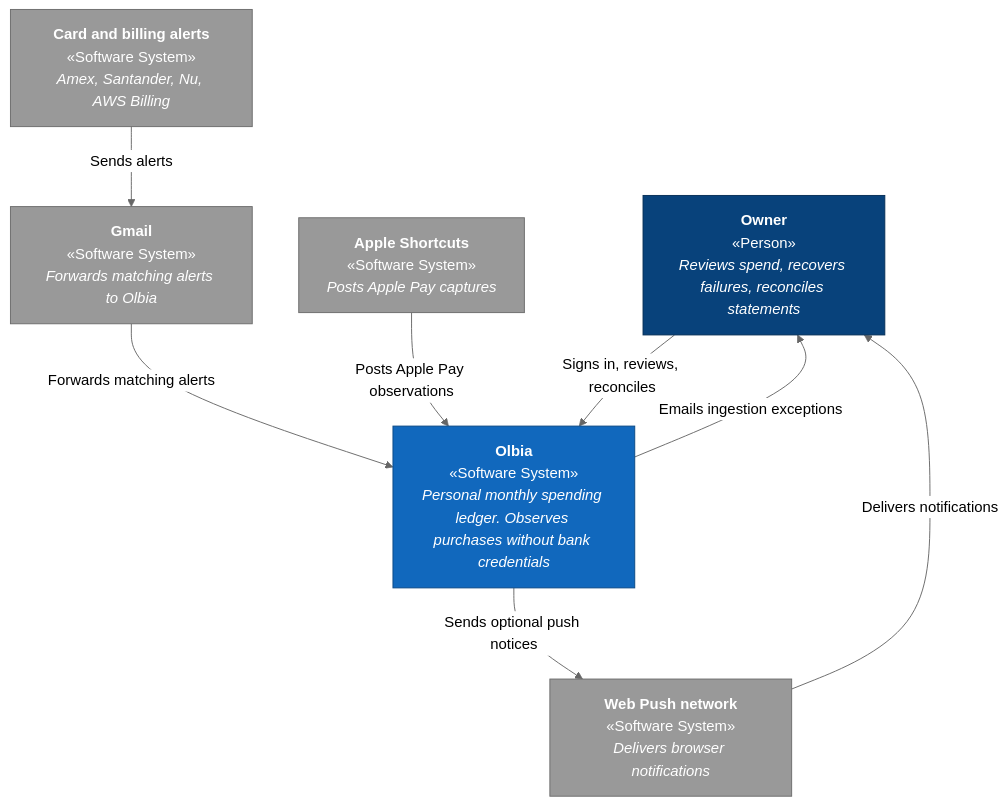
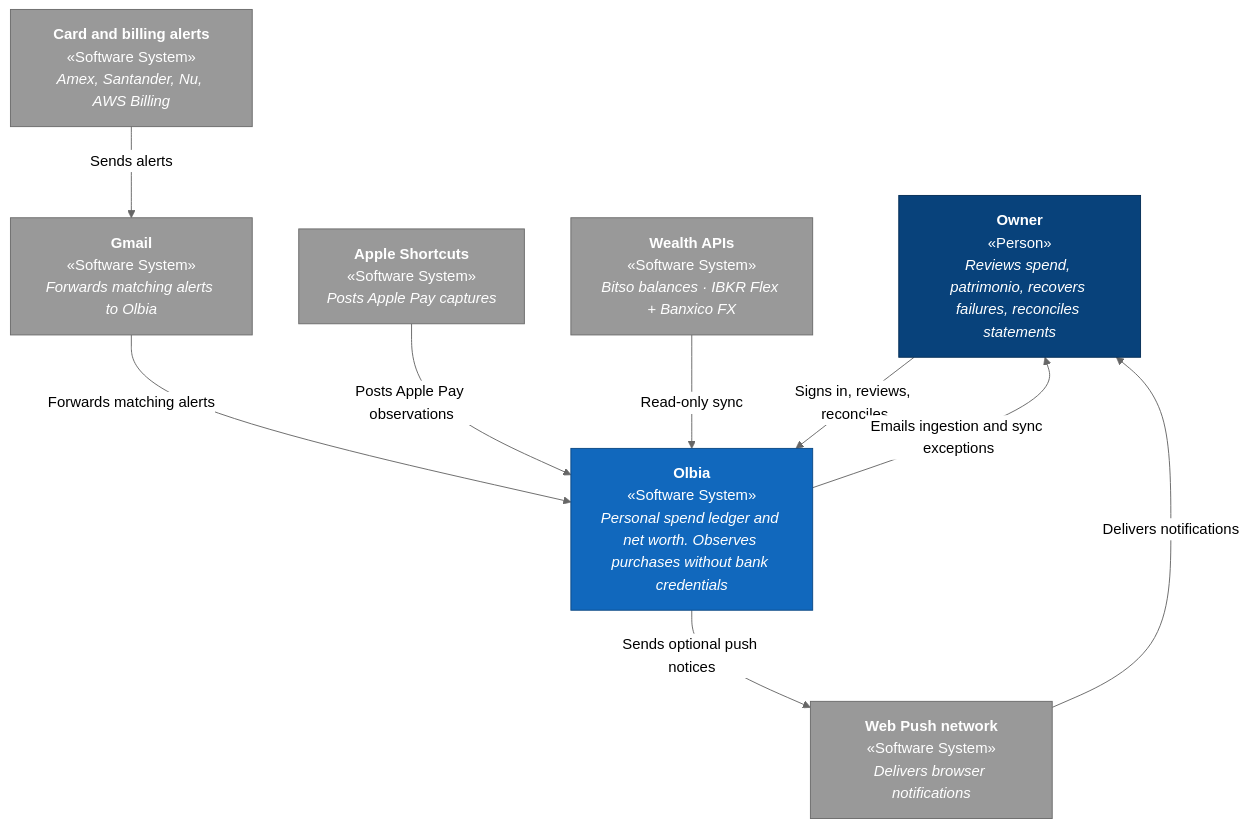
The diagram in README.md (DavidCs9/personal-finance-system), drawn with Mermaid (neutral theme) before and after one commit. The commit also changed other lines of this file and 13 other files, not shown here.

````diff
--- a/README.md
+++ b/README.md
@@ -23,37 +24,41 @@
 ```mermaid
 flowchart TB
   classDef person fill:#08427B,stroke:#052E56,color:#fff,stroke-width:1px
   classDef system fill:#1168BD,stroke:#0B4884,color:#fff,stroke-width:1px
   classDef external fill:#999999,stroke:#6B6B6B,color:#fff,stroke-width:1px
 
   owner["`**Owner**
 «Person»
-_Reviews spend, recovers failures, reconciles statements_`"]
+_Reviews spend, patrimonio, recovers failures, reconciles statements_`"]
   olbia["`**Olbia**
 «Software System»
-_Personal monthly spending ledger. Observes purchases without bank credentials_`"]
+_Personal spend ledger and net worth. Observes purchases without bank credentials_`"]
   issuers["`**Card and billing alerts**
 «Software System»
 _Amex, Santander, Nu, AWS Billing_`"]
   gmail["`**Gmail**
 «Software System»
 _Forwards matching alerts to Olbia_`"]
   shortcuts["`**Apple Shortcuts**
 «Software System»
 _Posts Apple Pay captures_`"]
+  wealthApis["`**Wealth APIs**
+«Software System»
+_Bitso balances · IBKR Flex + Banxico FX_`"]
   webpush["`**Web Push network**
 «Software System»
 _Delivers browser notifications_`"]
 
   issuers -->|"Sends alerts"| gmail
   gmail -->|"Forwards matching alerts"| olbia
   shortcuts -->|"Posts Apple Pay observations"| olbia
+  wealthApis -->|"Read-only sync"| olbia
   owner -->|"Signs in, reviews, reconciles"| olbia
-  olbia -->|"Emails ingestion exceptions"| owner
+  olbia -->|"Emails ingestion and sync exceptions"| owner
   olbia -->|"Sends optional push notices"| webpush
   webpush -->|"Delivers notifications"| owner
 
   class owner person
   class olbia system
-  class issuers,gmail,shortcuts,webpush external
+  class issuers,gmail,shortcuts,wealthApis,webpush external
 ```
````
